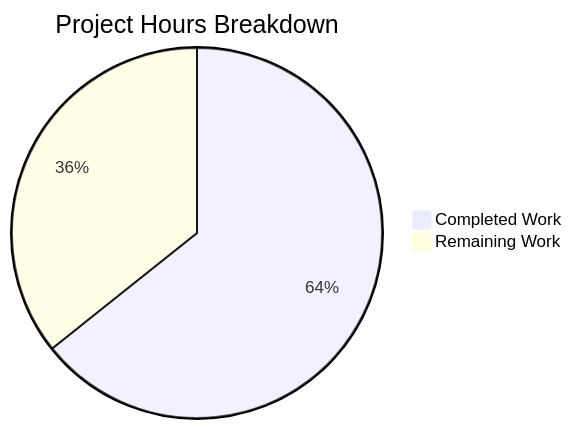
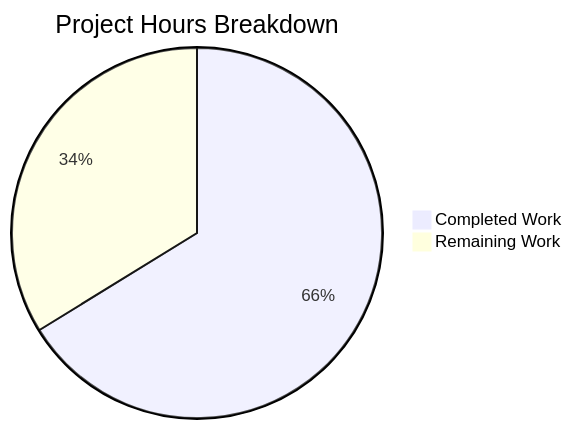
Before and after one commit to irinakwulf/GHNewRepoIW: the second of 4 diagrams in blitzy/documentation/Project Guide - 2c10a9d6-37fb-4cf2-88dc-b99d3a54c7d8.md, drawn with Mermaid. The commit also changed other lines of this file, not shown here.

````diff
--- a/blitzy/documentation/Project Guide - 2c10a9d6-37fb-4cf2-88dc-b99d3a54c7d8.md
+++ b/blitzy/documentation/Project Guide - 2c10a9d6-37fb-4cf2-88dc-b99d3a54c7d8.md
@@ -196,5 +200,5 @@
 ```mermaid
 pie title Project Hours Breakdown
-    "Completed Work" : 45
+    "Completed Work" : 49
     "Remaining Work" : 25
 ```
````
